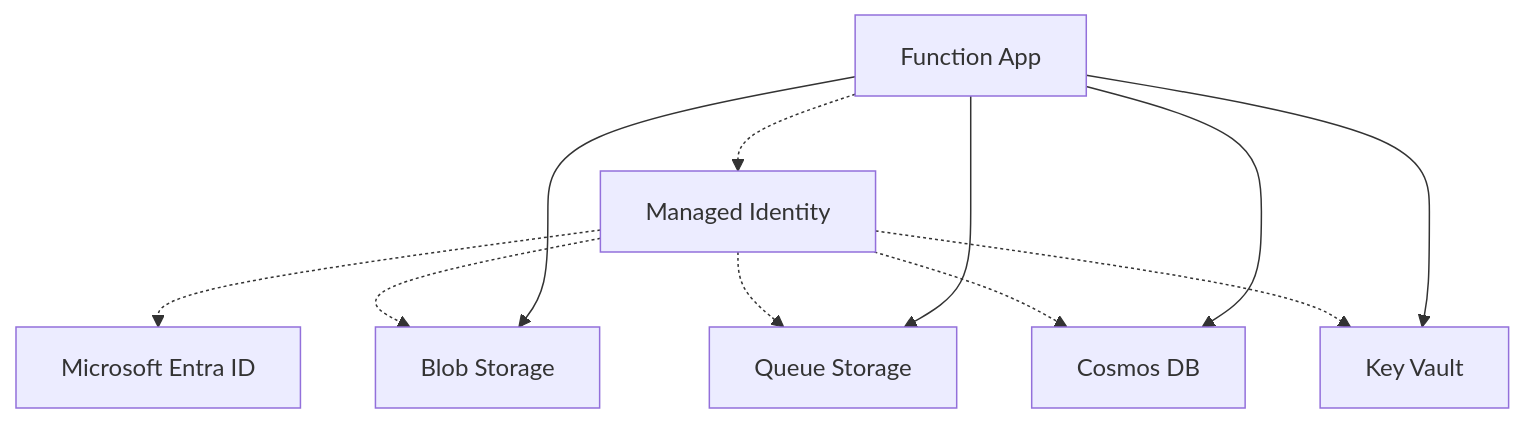
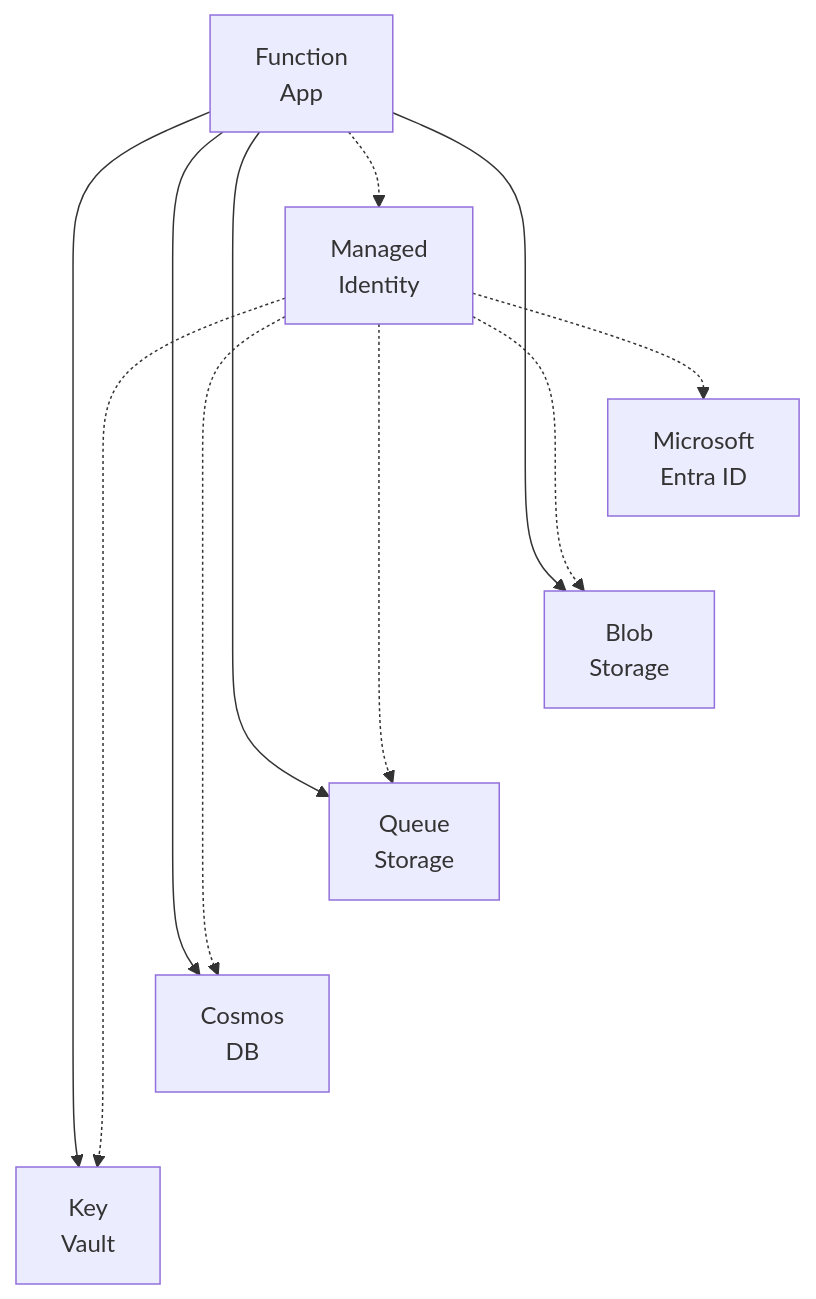
Before and after one commit to yeongseon/azure-functions-practical-guide: the first of 2 diagrams in docs/language-guides/python/recipes/managed-identity.md, drawn with Mermaid. The commit also changed other lines of this file and 4 other files, not shown here.

First line of the commit message:
docs(diagrams): clarify Python identity and recipe diagram relationships (#539)

````diff
--- a/docs/language-guides/python/recipes/managed-identity.md
+++ b/docs/language-guides/python/recipes/managed-identity.md
@@ -28,13 +31,20 @@
 ```mermaid
 flowchart TD
-    FA[Function App] -.-> MI[Managed Identity]
-    MI -.-> ENTRA[Microsoft Entra ID]
-    FA --> BLOB[Blob Storage]
-    FA --> QUEUE[Queue Storage]
-    FA --> COSMOS[Cosmos DB]
-    FA --> KV[Key Vault]
+    accTitle: Configured app identity and resource relationships
+    accDescr: The function app has a configured managed identity represented in Entra ID and separate application data paths to Blob, Queue, Cosmos DB and Key Vault. Dotted links denote identity and resource-permission associations, not data transit or automatic connections.
+    FA[Function<br/>App] -.-> MI[Managed<br/>Identity]
+    MI -.-> ENTRA[Microsoft<br/>Entra ID]
+    FA --> BLOB[Blob<br/>Storage]
+    FA --> QUEUE[Queue<br/>Storage]
+    FA --> COSMOS[Cosmos<br/>DB]
+    FA --> KV[Key<br/>Vault]
     MI -.-> BLOB
     MI -.-> QUEUE
     MI -.-> COSMOS
     MI -.-> KV
+    %% Layout-only links tier the existing resources; they add no service calls or authorization steps.
+    ENTRA ~~~ BLOB
+    BLOB ~~~ QUEUE
+    QUEUE ~~~ COSMOS
+    COSMOS ~~~ KV
 ```
````
